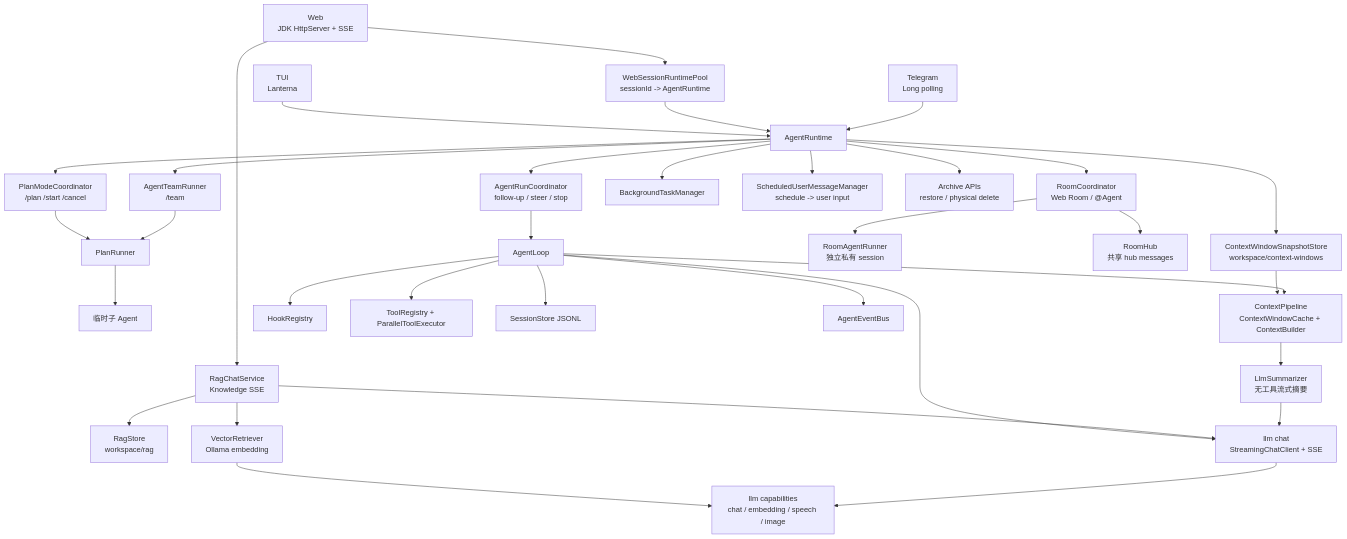
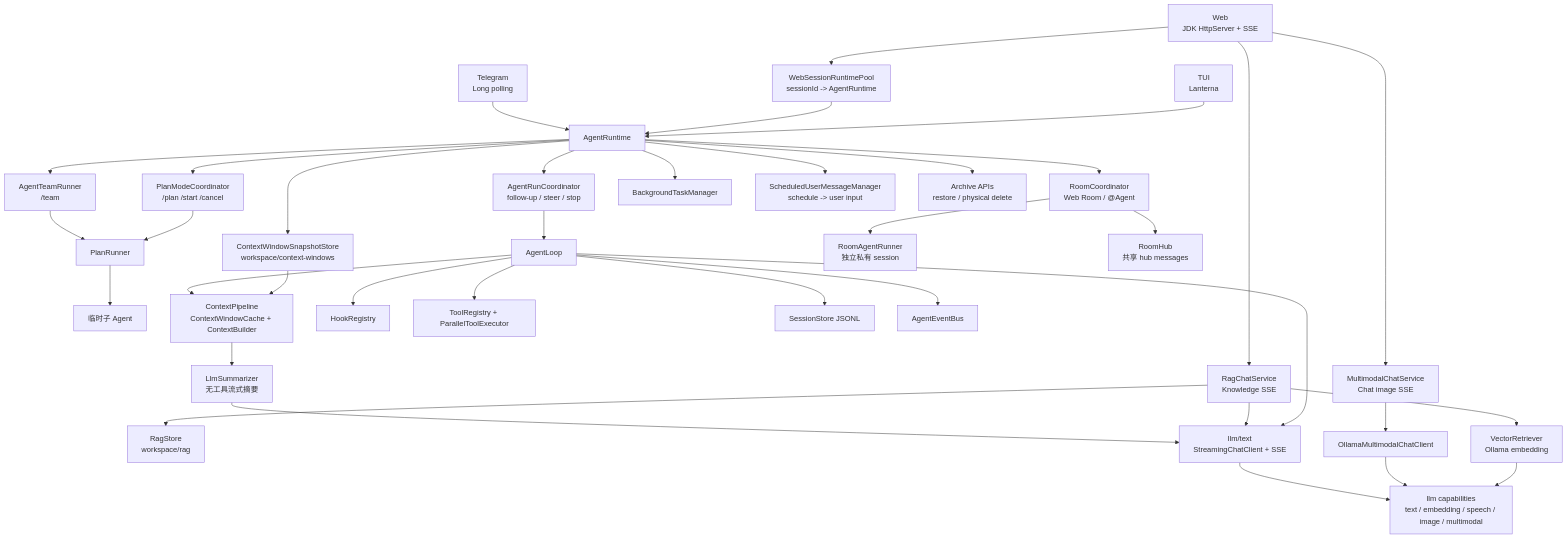
One commit to yangzhb-cn/aster changed the first of 6 diagrams in docs/ai-readme/generated/architecture.md. Above: the diagram before and after it, drawn with Mermaid. The commit also changed other lines of this file and 177 other files, not shown here.

````diff
--- a/docs/ai-readme/generated/architecture.md
+++ b/docs/ai-readme/generated/architecture.md
@@ -7,39 +7,42 @@
 ```mermaid
 flowchart TD
     TUI["TUI\nLanterna"] --> Runtime["AgentRuntime"]
     Web["Web\nJDK HttpServer + SSE"] --> WebPool["WebSessionRuntimePool\nsessionId -> AgentRuntime"]
     WebPool --> Runtime
     Web --> Rag["RagChatService\nKnowledge SSE"]
+    Web --> Vision["MultimodalChatService\nChat image SSE"]
     Telegram["Telegram\nLong polling"] --> Runtime
 
     Runtime --> Coordinator["AgentRunCoordinator\nfollow-up / steer / stop"]
     Runtime --> PlanMode["PlanModeCoordinator\n/plan /start /cancel"]
     Runtime --> Team["AgentTeamRunner\n/team"]
     Runtime --> Room["RoomCoordinator\nWeb Room / @Agent"]
     Runtime --> Background["BackgroundTaskManager"]
     Runtime --> Schedule["ScheduledUserMessageManager\nschedule -> user input"]
     Runtime --> Archive["Archive APIs\nrestore / physical delete"]
     Runtime --> Snapshot["ContextWindowSnapshotStore\nworkspace/context-windows"]
 
     Coordinator --> AgentLoop["AgentLoop"]
     PlanMode --> PlanRunner["PlanRunner"]
     Team --> PlanRunner
     PlanRunner --> ChildAgents["临时子 Agent"]
     Room --> RoomAgents["RoomAgentRunner\n独立私有 session"]
     Room --> RoomHub["RoomHub\n共享 hub messages"]
     Rag --> RagStore["RagStore\nworkspace/rag"]
     Rag --> RagRetriever["VectorRetriever\nOllama embedding"]
+    Vision --> VisionClient["OllamaMultimodalChatClient"]
 
     Snapshot --> Context["ContextPipeline\nContextWindowCache + ContextBuilder"]
     AgentLoop --> Context
     AgentLoop --> Hooks["HookRegistry"]
     AgentLoop --> Tools["ToolRegistry + ParallelToolExecutor"]
     AgentLoop --> Session["SessionStore JSONL"]
     AgentLoop --> Events["AgentEventBus"]
-    AgentLoop --> LLM["llm chat\nStreamingChatClient + SSE"]
+    AgentLoop --> LLM["llm/text\nStreamingChatClient + SSE"]
     Rag --> LLM
     RagRetriever --> ModelCaps
-    LLM --> ModelCaps["llm capabilities\nchat / embedding / speech / image"]
+    VisionClient --> ModelCaps
+    LLM --> ModelCaps["llm capabilities\ntext / embedding / speech / image / multimodal"]
     Context --> Summary["LlmSummarizer\n无工具流式摘要"]
     Summary --> LLM
 ```
````
